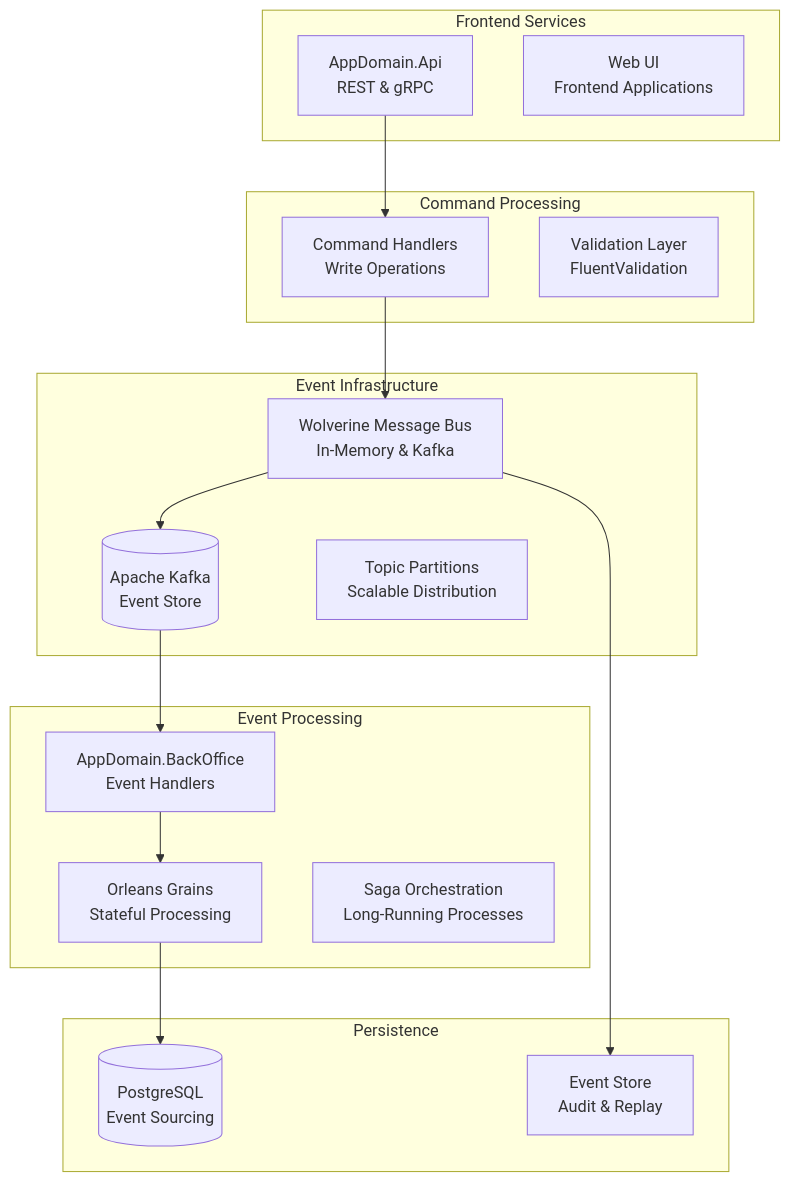
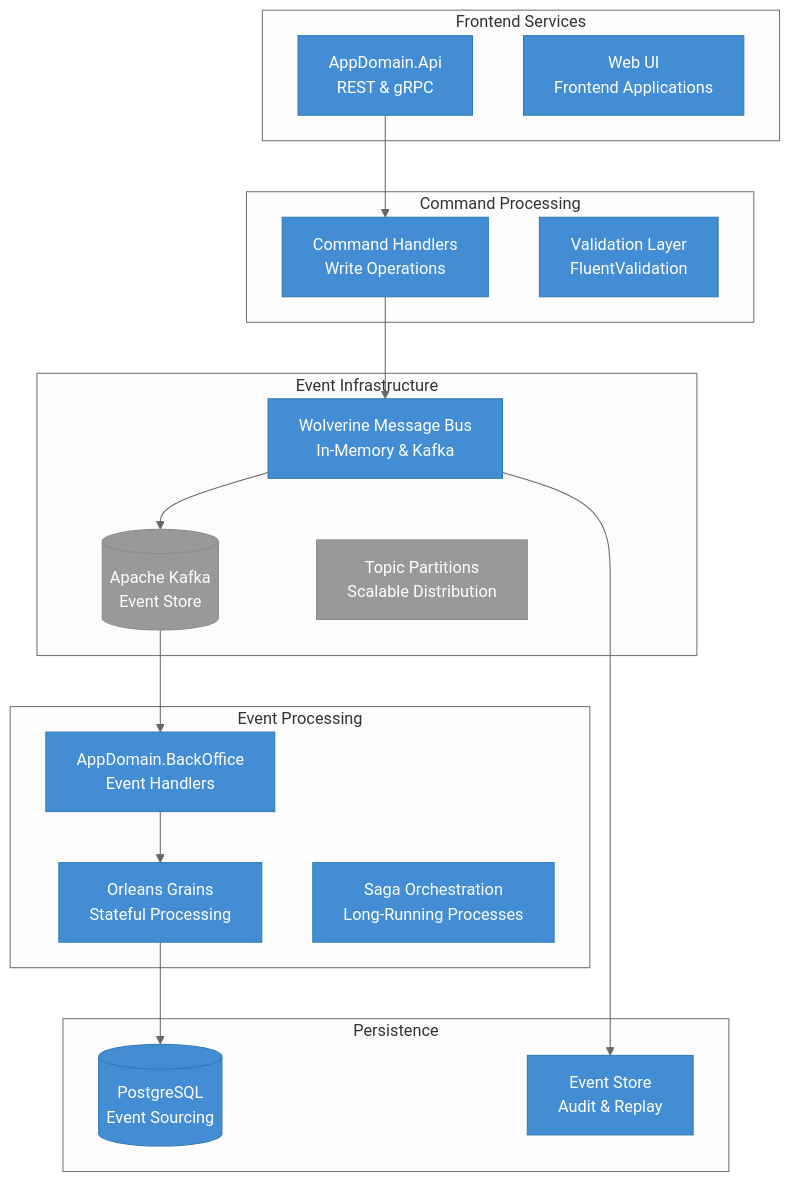
Before and after one commit to vgmello/momentum: the diagram in docs/arch/events.md, drawn with Mermaid. The commit also changed 6 other files, not shown here.

Commit message:
Update documentation and styles: change mermaid theme to default, adjust line-height for multi-line labels, and refine architecture diagrams with neutral theme

````diff
--- a/docs/arch/events.md
+++ b/docs/arch/events.md
@@ -13,37 +13,48 @@
 ```mermaid
+---
+config:
+  theme: neutral
+---
 graph TB
     subgraph "Frontend Services"
         API[AppDomain.Api<br/>REST & gRPC]
         WebUI[Web UI<br/>Frontend Applications]
     end
 
     subgraph "Command Processing"
         Commands[Command Handlers<br/>Write Operations]
         Validation[Validation Layer<br/>FluentValidation]
     end
 
     subgraph "Event Infrastructure"
         EventBus[Wolverine Message Bus<br/>In-Memory & Kafka]
         Kafka[(Apache Kafka<br/>Event Store)]
         Topics[Topic Partitions<br/>Scalable Distribution]
     end
 
     subgraph "Event Processing"
         BackOffice[AppDomain.BackOffice<br/>Event Handlers]
         Orleans[Orleans Grains<br/>Stateful Processing]
         Saga[Saga Orchestration<br/>Long-Running Processes]
     end
 
     subgraph "Persistence"
         Database[(PostgreSQL<br/>Event Sourcing)]
         EventStore[Event Store<br/>Audit & Replay]
     end
 
     API --> Commands
     Commands --> EventBus
     EventBus --> Kafka
     Kafka --> BackOffice
     BackOffice --> Orleans
     Orleans --> Database
     EventBus --> EventStore
+
+    classDef container fill:#438dd5,stroke:#3079b0,color:#ffffff
+    classDef external fill:#999999,stroke:#8a8a8a,color:#ffffff
+    classDef person fill:#08427b,stroke:#052e56,color:#ffffff
+
+    class API,WebUI,Commands,Validation,EventBus,BackOffice,Orleans,Saga,Database,EventStore container
+    class Kafka,Topics external
 ```
````
